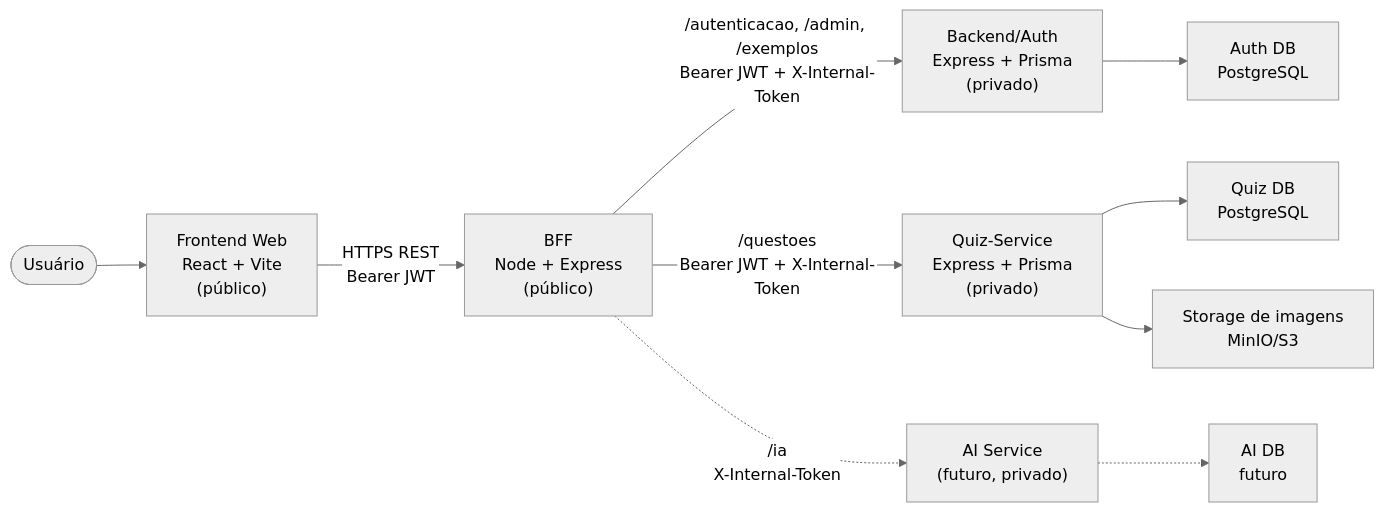
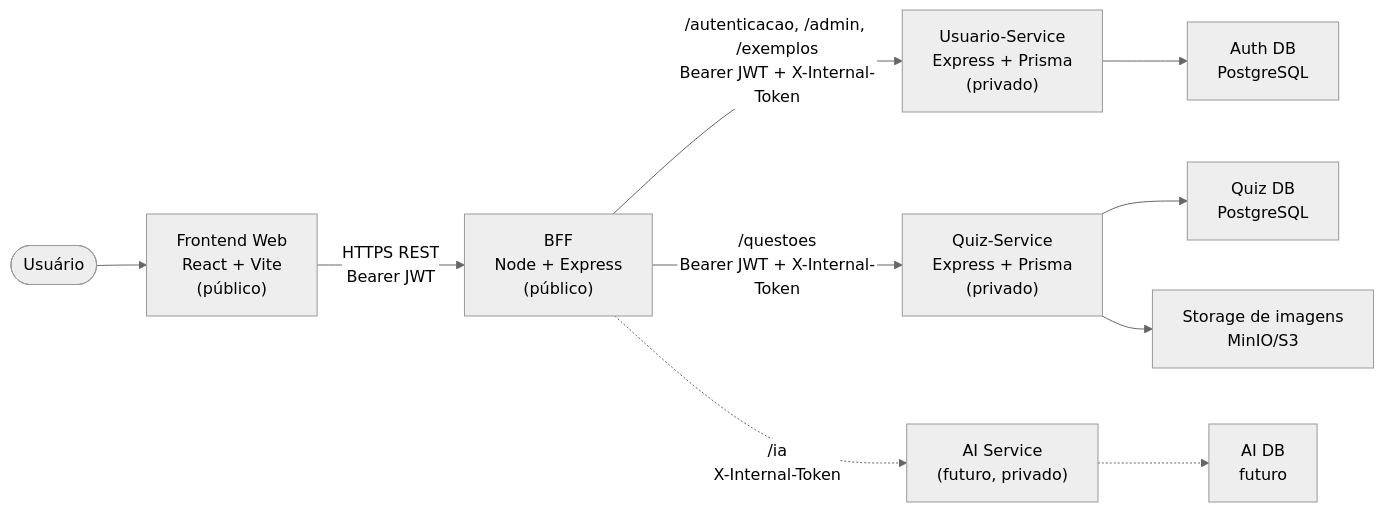
The diagram in docs/arquitetura/visao_geral.md (fga-eps-mds/2026-1-AnatoQuizUp-Doc), drawn with Mermaid (neutral theme) before and after one commit. The commit also changed other lines of this file and 14 other files, not shown here.

Commit message:
refactor: Muda todos os termos de backend para Usuario-Service de acordo com a arquitetura atual

````diff
--- a/docs/arquitetura/visao_geral.md
+++ b/docs/arquitetura/visao_geral.md
@@ -13,23 +13,23 @@
 ```mermaid
 flowchart LR
     user(["Usuário"])
     web["Frontend Web<br/>React + Vite<br/>(público)"]
     bff["BFF<br/>Node + Express<br/>(público)"]
-    auth["Backend/Auth<br/>Express + Prisma<br/>(privado)"]
+    auth["Usuario-Service<br/>Express + Prisma<br/>(privado)"]
     quiz["Quiz-Service<br/>Express + Prisma<br/>(privado)"]
     ai["AI Service<br/>(futuro, privado)"]
     authDb["Auth DB<br/>PostgreSQL"]
     quizDb["Quiz DB<br/>PostgreSQL"]
     aiDb["AI DB<br/>futuro"]
     storage["Storage de imagens<br/>MinIO/S3"]
 
     user --> web
     web -->|"HTTPS REST<br/>Bearer JWT"| bff
     bff -->|"/autenticacao, /admin, /exemplos<br/>Bearer JWT + X-Internal-Token"| auth
     bff -->|"/questoes<br/>Bearer JWT + X-Internal-Token"| quiz
     bff -.->|"/ia<br/>X-Internal-Token"| ai
     auth --> authDb
     quiz --> quizDb
     quiz --> storage
     ai -.-> aiDb
 ```
````
